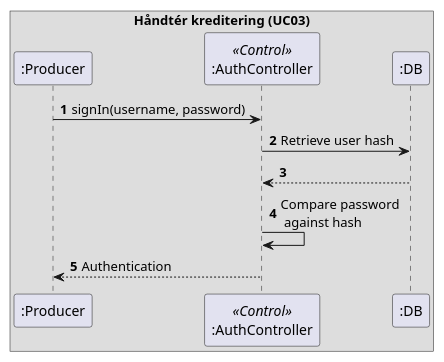
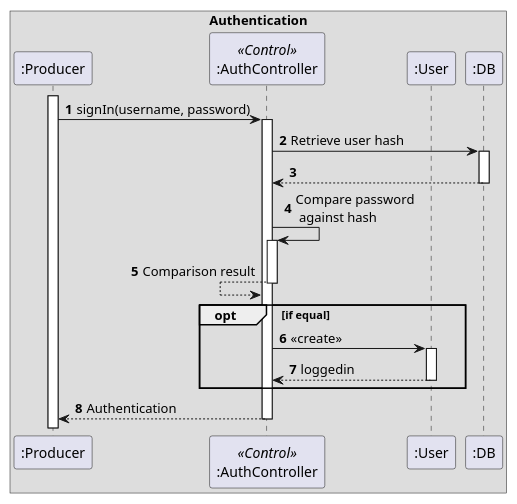
One commit to amatzen/SE02-SE-G02-SPRO changed the diagram in uml/sequence_diagrams/operation/authentication.puml. Above: the diagram before and after it, drawn with PlantUML. The commit also changed 2 other files, not shown here.

Commit message:
Authentication sequence diagram

```diff
--- a/uml/sequence_diagrams/operation/authentication.puml
+++ b/uml/sequence_diagrams/operation/authentication.puml
@@ -1,18 +1,35 @@
 @startuml
 ' https://plantuml.com/sequence-diagram
 
 autonumber
 
-box "Håndtér kreditering (UC03)"
+box "Authentication"
     participant ":Producer" as producer
     participant ":AuthController" as authController <<Control>>
+    participant ":User" as user
     participant ":DB" as db
 end box
 
+activate producer
 producer -> authController : signIn(username, password)
+activate authController
 authController -> db : Retrieve user hash
+activate db
 authController <-- db
+deactivate db
+
 authController -> authController : Compare password\n against hash
+activate authController
+authController <-- authController : Comparison result
+deactivate authController
+
+opt if equal
+authController -> user : <<create>>
+activate user
+authController <-- user : loggedin
+deactivate user
+end
 producer <-- authController : Authentication
+deactivate authController
 
 @enduml
```
